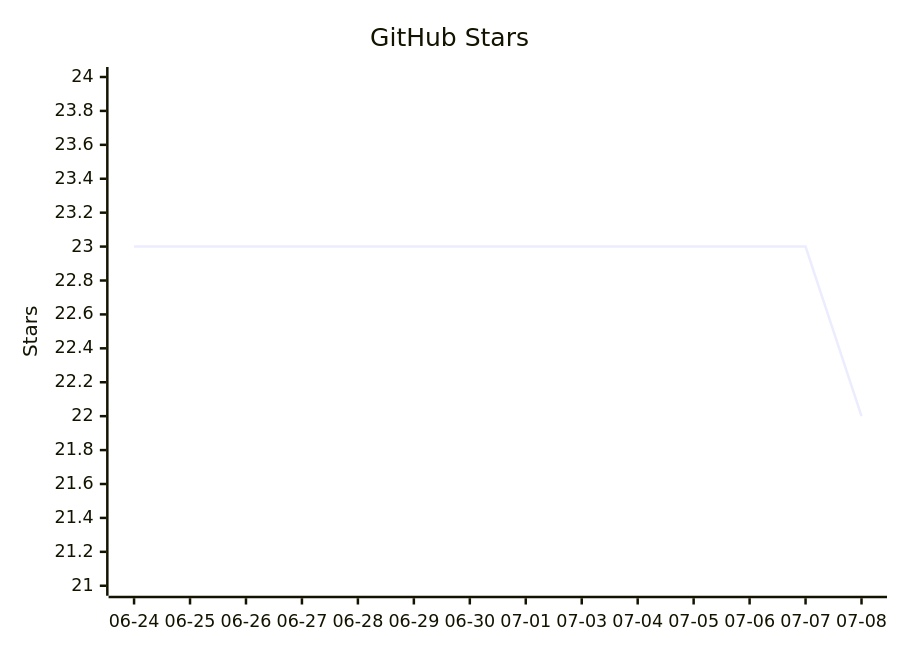
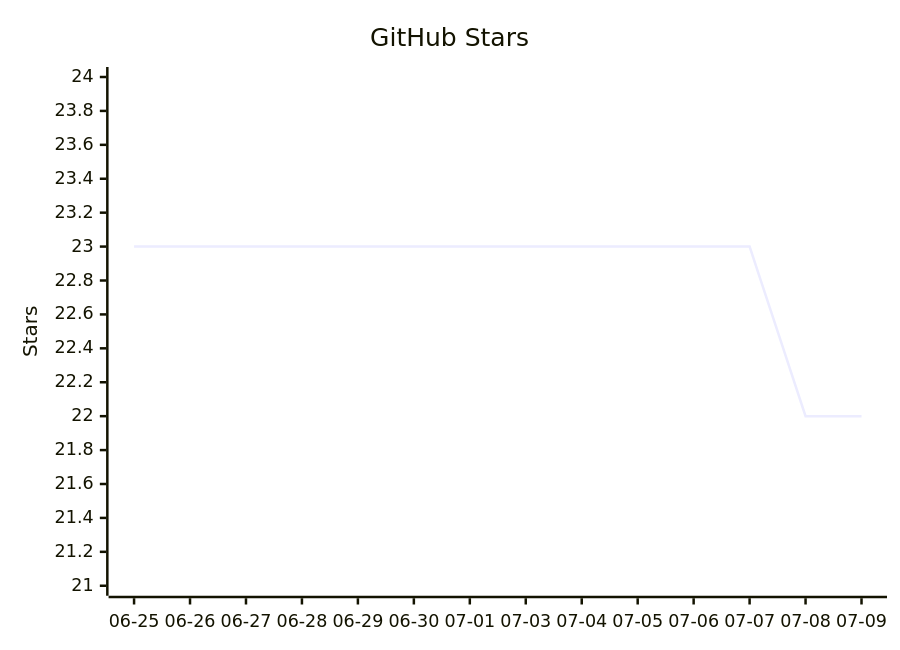
The diagram in README.mbt.md (vectie/moonclaw), drawn with Mermaid before and after one commit. The commit also changed other lines of this file and 1 other file, not shown here.

Commit message:
Update README star growth

````diff
--- a/README.mbt.md
+++ b/README.mbt.md
@@ -619,7 +619,7 @@
 ```mermaid
 xychart-beta
     title "GitHub Stars"
-    x-axis ["06-24","06-25","06-26","06-27","06-28","06-29","06-30","07-01","07-03","07-04","07-05","07-06","07-07","07-08"]
+    x-axis ["06-25","06-26","06-27","06-28","06-29","06-30","07-01","07-03","07-04","07-05","07-06","07-07","07-08","07-09"]
     y-axis "Stars" 21 --> 24
-    line [23,23,23,23,23,23,23,23,23,23,23,23,23,22]
+    line [23,23,23,23,23,23,23,23,23,23,23,23,22,22]
 ```
````
